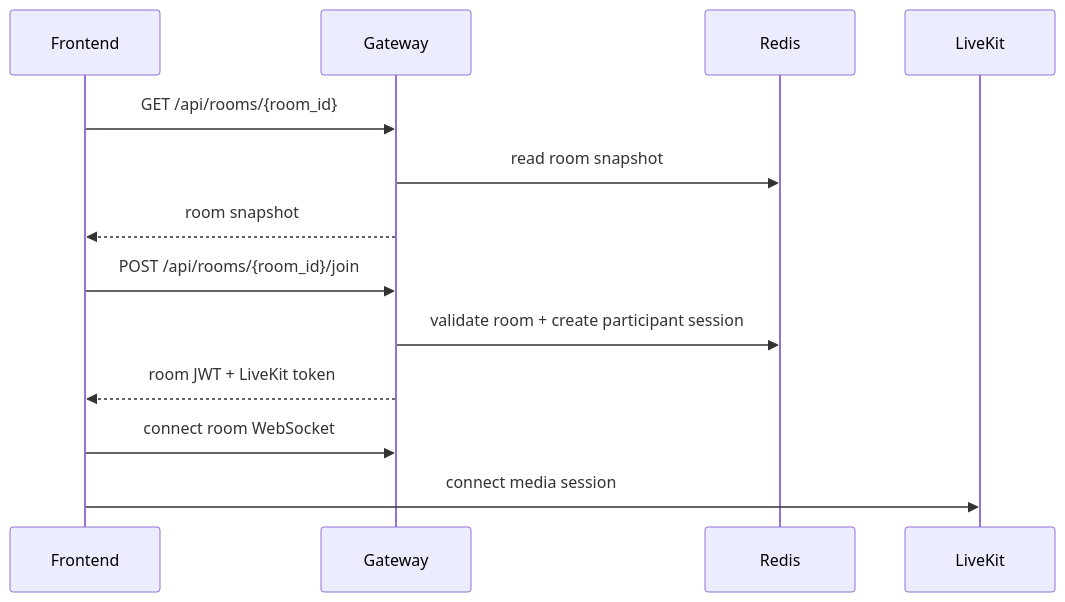
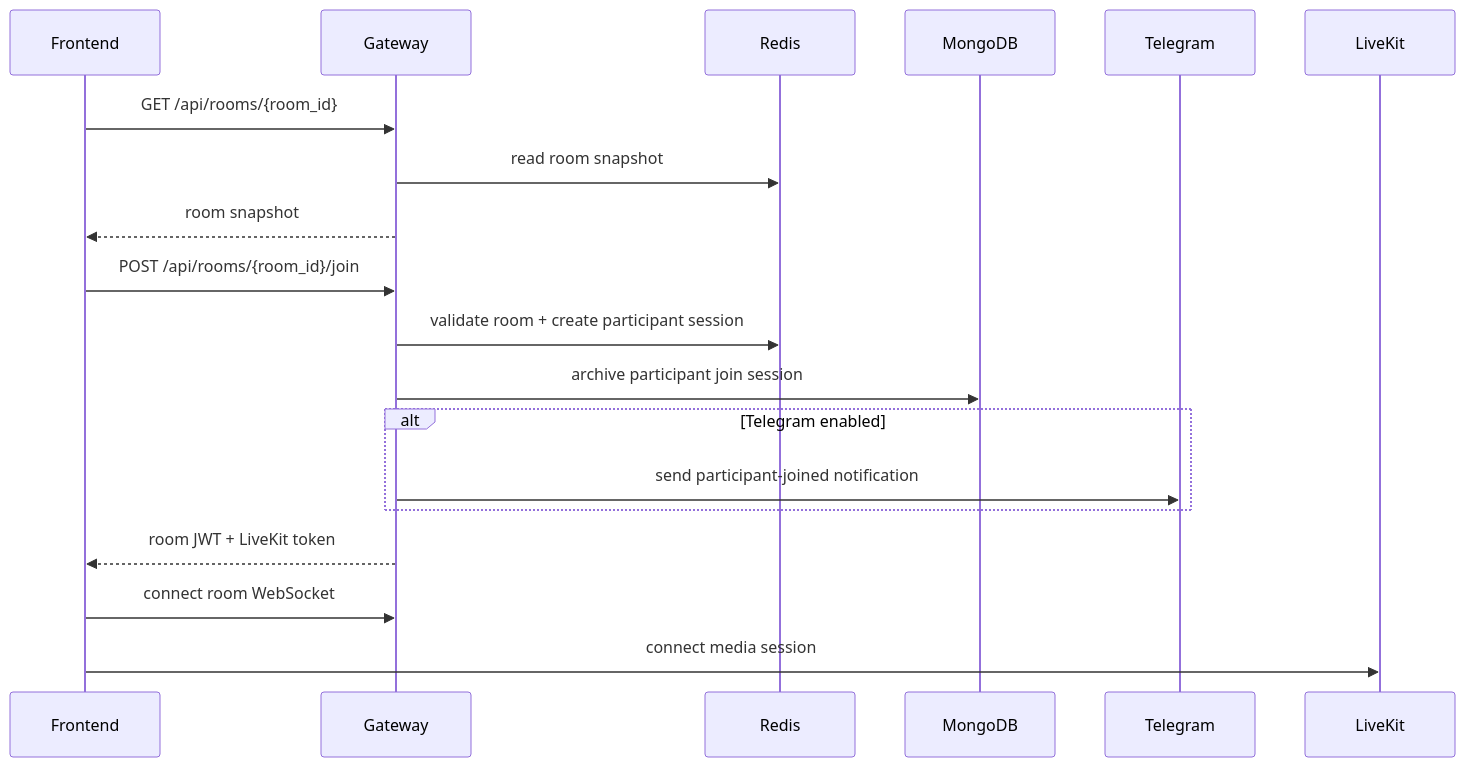
The fourth of 10 diagrams in docs/backend/README.md (Huy-8bit/MeetQ), drawn with Mermaid before and after one commit. The commit also changed other lines of this file and 18 other files, not shown here.

````diff
--- a/docs/backend/README.md
+++ b/docs/backend/README.md
@@ -313,18 +342,24 @@
 ```mermaid
 sequenceDiagram
     participant FE as Frontend
     participant GW as Gateway
     participant Redis as Redis
+    participant Mongo as MongoDB
+    participant TG as Telegram
     participant LK as LiveKit
 
     FE->>GW: GET /api/rooms/{room_id}
     GW->>Redis: read room snapshot
     GW-->>FE: room snapshot
 
     FE->>GW: POST /api/rooms/{room_id}/join
     GW->>Redis: validate room + create participant session
+    GW->>Mongo: archive participant join session
+    alt Telegram enabled
+        GW->>TG: send participant-joined notification
+    end
     GW-->>FE: room JWT + LiveKit token
 
     FE->>GW: connect room WebSocket
     FE->>LK: connect media session
 ```
````
